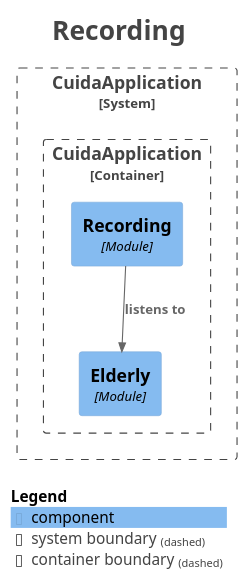
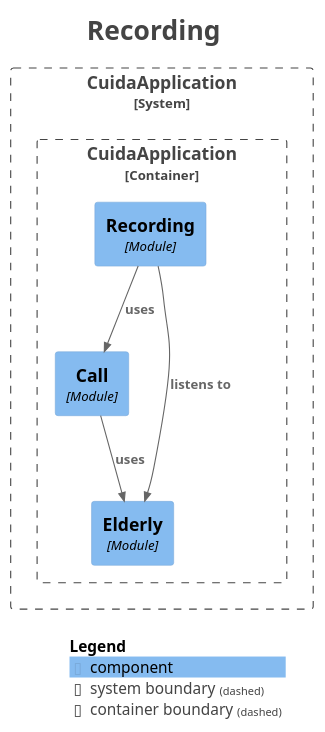
One commit to Rodrimir/alo_diario changed the diagram in docs/modules/module-recording.puml. Above: the diagram before and after it, drawn with PlantUML. The commit also changed 29 other files, not shown here.

```diff
--- a/docs/modules/module-recording.puml
+++ b/docs/modules/module-recording.puml
@@ -1,30 +1,33 @@
 @startuml
 title <size:24>Recording</size>
 
 set separator none
 top to bottom direction
 
 <style>
   root {
     BackgroundColor: #ffffff
     FontColor: #444444
   }
 </style>
 
 !include <C4/C4>
 !include <C4/C4_Context>
 !include <C4/C4_Component>
 
 System_Boundary("CuidaApplication_boundary", "CuidaApplication", $tags="") {
   Container_Boundary("CuidaApplication.CuidaApplication_boundary", "CuidaApplication", $tags="") {
+    Component(CuidaApplication.CuidaApplication.Call, "Call", $techn="Module", $descr="", $tags="", $link="")
+    Component(CuidaApplication.CuidaApplication.Recording, "Recording", $techn="Module", $descr="", $tags="", $link="")
     Component(CuidaApplication.CuidaApplication.Elderly, "Elderly", $techn="Module", $descr="", $tags="", $link="")
-    Component(CuidaApplication.CuidaApplication.Recording, "Recording", $techn="Module", $descr="", $tags="", $link="")
   }
 
 }
 
+Rel(CuidaApplication.CuidaApplication.Call, CuidaApplication.CuidaApplication.Elderly, "uses", $techn="", $tags="", $link="")
+Rel(CuidaApplication.CuidaApplication.Recording, CuidaApplication.CuidaApplication.Call, "uses", $techn="", $tags="", $link="")
 Rel(CuidaApplication.CuidaApplication.Recording, CuidaApplication.CuidaApplication.Elderly, "listens to", $techn="", $tags="", $link="")
 
 SHOW_LEGEND(true)
 hide stereotypes
 @enduml
```
